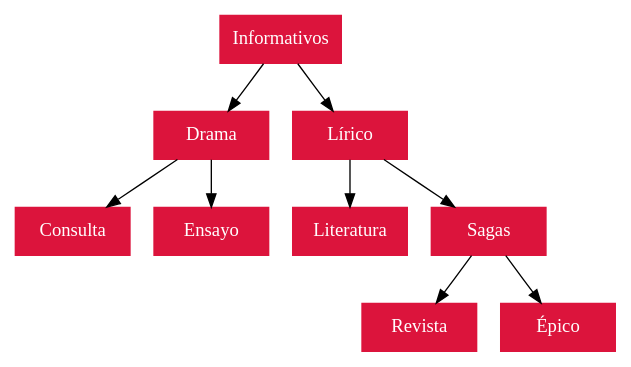
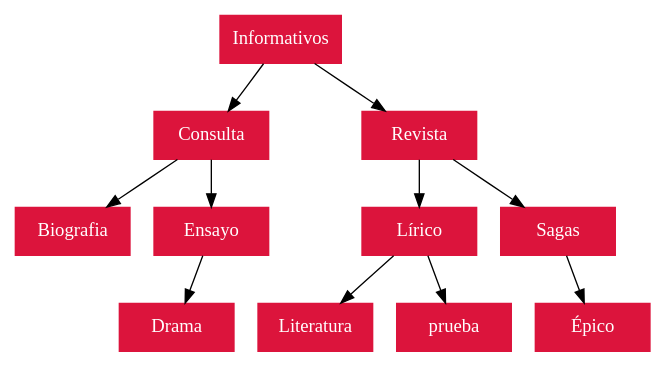
The diagram in AVL_Categorias201800709.dot (juanpaestrada20/EDD_PY2_201800709), drawn with Graphviz before and after one commit. The commit also changed 17 other files, not shown here.

```diff
--- a/AVL_Categorias201800709.dot
+++ b/AVL_Categorias201800709.dot
@@ -1,13 +1,15 @@
 digraph G{
 rankdir=TB;
 node [margin=0 shape=box width=1.2 color=crimson fontcolor=white style=filled ];
-Informativos->Drama
-Drama->Consulta
-Drama->Ensayo
-Informativos->Lírico
+Informativos->Consulta
+Consulta->Biografia
+Consulta->Ensayo
+Ensayo->Drama
+Informativos->Revista
+Revista->Lírico
 Lírico->Literatura
-Lírico->Sagas
-Sagas->Revista
+Lírico->prueba
+Revista->Sagas
 Sagas->Épico
 
 }
```
